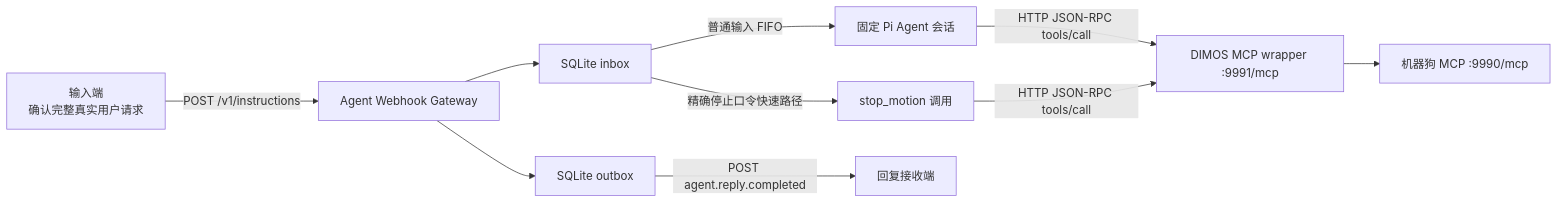
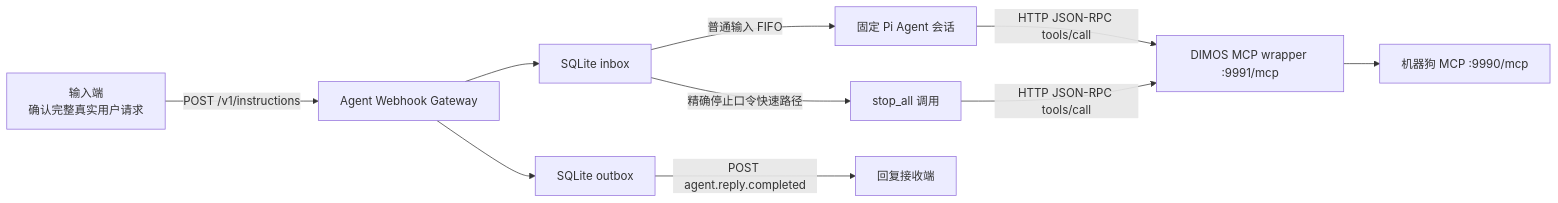
One commit to human-chocker-and-robot-dog/agent changed the diagram in docs/agent-input-webhook-integration.md. Above: the diagram before and after it, drawn with Mermaid. The commit also changed other lines of this file and 35 other files, not shown here.

First line of the commit message:
Unify stop mechanisms into single stop_all tool

````diff
--- a/docs/agent-input-webhook-integration.md
+++ b/docs/agent-input-webhook-integration.md
@@ -74,12 +74,12 @@
 ```mermaid
 flowchart LR
     I["输入端<br/>确认完整真实用户请求"] -->|"POST /v1/instructions"| G["Agent Webhook Gateway"]
     G --> Q["SQLite inbox"]
     Q -->|"普通输入 FIFO"| A["固定 Pi Agent 会话"]
-    Q -->|"精确停止口令快速路径"| S["stop_motion 调用"]
+    Q -->|"精确停止口令快速路径"| S["stop_all 调用"]
     A -->|"HTTP JSON-RPC tools/call"| W["DIMOS MCP wrapper :9991/mcp"]
     S -->|"HTTP JSON-RPC tools/call"| W
     W --> D["机器狗 MCP :9990/mcp"]
     G --> O["SQLite outbox"]
     O -->|"POST agent.reply.completed"| R["回复接收端"]
 ```
````
